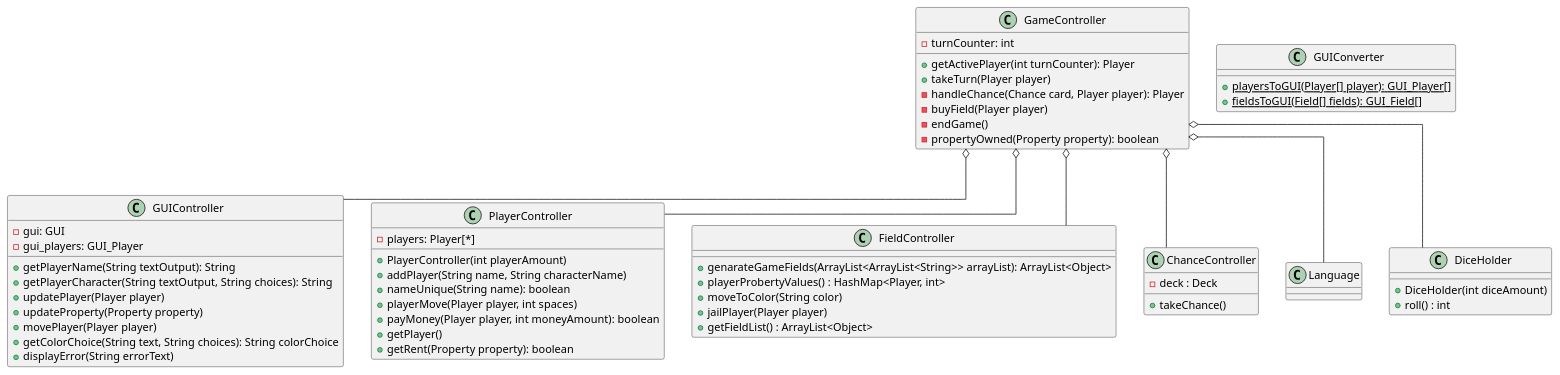
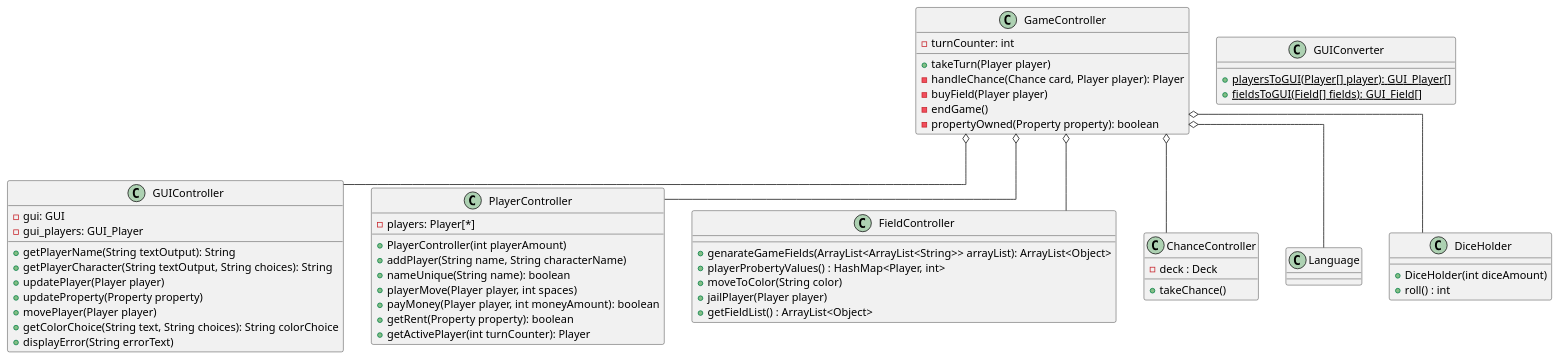
One commit to Gruppe-10-DTU/CDIO-FINAL changed the diagram in src/main/resources/ControllerDiagram.puml. Above: the diagram before and after it, drawn with PlantUML. The commit also changed 3 other files, not shown here.

```diff
--- a/src/main/resources/ControllerDiagram.puml
+++ b/src/main/resources/ControllerDiagram.puml
@@ -1,70 +1,69 @@
 @startuml
 skinparam linetype polyline
 skinparam linetype ortho
 
 Class GUIController{
  - gui: GUI
  - gui_players: GUI_Player
  + getPlayerName(String textOutput): String
  + getPlayerCharacter(String textOutput, String choices): String
  + updatePlayer(Player player)
  + updateProperty(Property property)
  + movePlayer(Player player)
  + getColorChoice(String text, String choices): String colorChoice
  + displayError(String errorText)
 }
 Class GUIConverter{
  {static} + playersToGUI(Player[] player): GUI_Player[]
  {static} + fieldsToGUI(Field[] fields): GUI_Field[]
 }
 Class GameController{
  - turnCounter: int
- + getActivePlayer(int turnCounter): Player
  + takeTurn(Player player)
  - handleChance(Chance card, Player player): Player
  - buyField(Player player)
  - endGame()
  - propertyOwned(Property property): boolean
 }
 
 Class PlayerController{
  - players: Player[*]
  + PlayerController(int playerAmount)
  + addPlayer(String name, String characterName)
  + nameUnique(String name): boolean
  + playerMove(Player player, int spaces)
  + payMoney(Player player, int moneyAmount): boolean
- + getPlayer()
  + getRent(Property property): boolean
+ + getActivePlayer(int turnCounter): Player
 }
 
 Class FieldController{
  + genarateGameFields(ArrayList<ArrayList<String>> arrayList): ArrayList<Object>
  + playerProbertyValues() : HashMap<Player, int>
  + moveToColor(String color)
  + jailPlayer(Player player)
  + getFieldList() : ArrayList<Object>
 }
 
 Class ChanceController{
  - deck : Deck
  + takeChance()
 }
 
 Class Language{
 
 }
 
 Class DiceHolder{
  + DiceHolder(int diceAmount)
  + roll() : int
 }
 
 GameController o-- GUIController
 GameController o-- PlayerController
 GameController o-- FieldController
 GameController o-- ChanceController
 GameController o-- DiceHolder
 GameController o-- Language
 
 @enduml
```
